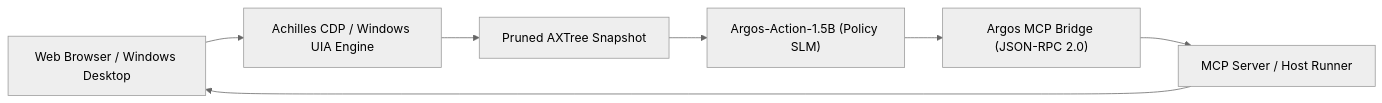
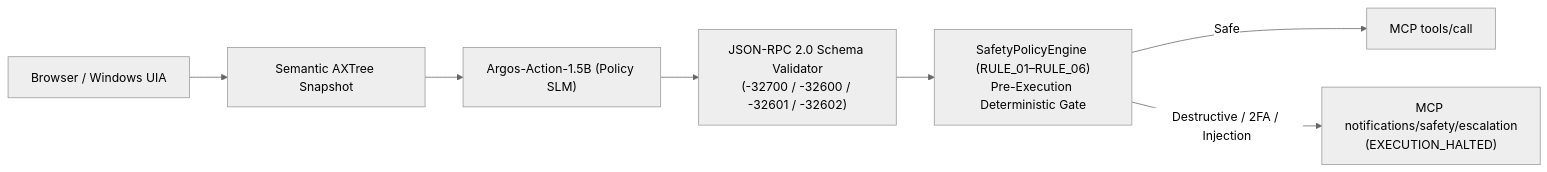
One commit to PedroReoli/argos-action changed the diagram in README.md. Above: the diagram before and after it, drawn with Mermaid (neutral theme). The commit also changed other lines of this file and 18 other files, not shown here.

Commit message:
feat(argos-v2): 100%-unique 6-tool dataset, deterministic MCP safety guardrail, assistant-only loss & test suite

````diff
--- a/README.md
+++ b/README.md
@@ -51,9 +41,9 @@
 ```mermaid
 flowchart LR
-    Screen["Web Browser / Windows Desktop"] --> Parser["Achilles CDP / Windows UIA Engine"]
-    Parser --> AXTree["Pruned AXTree Snapshot"]
+    Screen["Browser / Windows UIA"] --> AXTree["Semantic AXTree Snapshot"]
     AXTree --> Argos["Argos-Action-1.5B (Policy SLM)"]
-    Argos --> Bridge["Argos MCP Bridge (JSON-RPC 2.0)"]
-    Bridge --> Dispatcher["MCP Server / Host Runner"]
-    Dispatcher --> Screen
+    Argos --> Validator["JSON-RPC 2.0 Schema Validator\n(-32700 / -32600 / -32601 / -32602)"]
+    Validator --> Guardrail["SafetyPolicyEngine (RULE_01–RULE_06)\nPre-Execution Deterministic Gate"]
+    Guardrail -- "Safe" --> Call["MCP tools/call"]
+    Guardrail -- "Destructive / 2FA / Injection" --> Halt["MCP notifications/safety/escalation\n(EXECUTION_HALTED)"]
 ```
````
